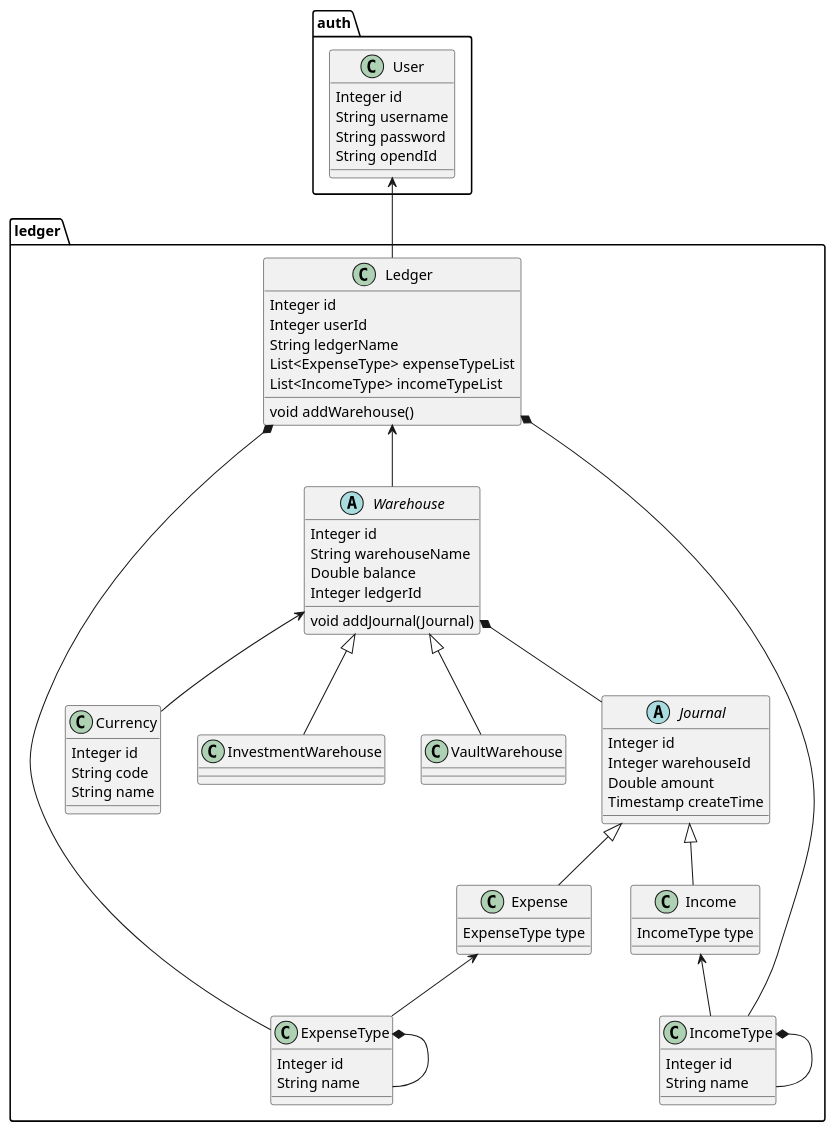
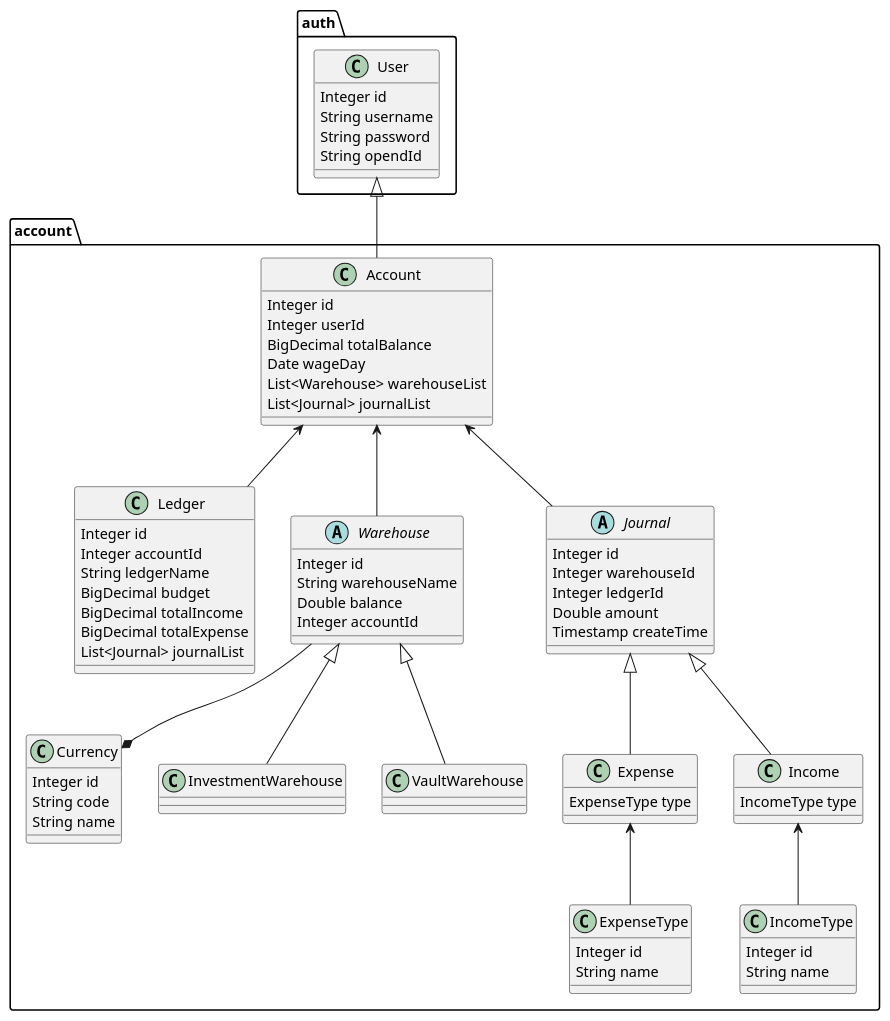
Before and after one commit to MinNanR/bookkeeping: the second of 3 diagrams in class.puml, drawn with PlantUML. The commit also changed 29 other files, not shown here.

```diff
--- a/class.puml
+++ b/class.puml
@@ -28,80 +28,86 @@
 @startuml
 package auth{
     class User{
     Integer id
     String username
     String password
     String opendId
     }
 }
 
-package ledger{
+package account{
+    class Account{
+    Integer id
+    Integer userId
+    BigDecimal totalBalance
+    Date wageDay
+    List<Warehouse> warehouseList
+    List<Journal> journalList
+    }
+
     class Ledger{
     Integer id
-    Integer userId
+    Integer accountId
     String ledgerName
-    List<ExpenseType> expenseTypeList
-    List<IncomeType> incomeTypeList
-    void addWarehouse()
+    BigDecimal budget
+    BigDecimal totalIncome
+    BigDecimal totalExpense
+    List<Journal> journalList
     }
 
     abstract class Warehouse{
     Integer id
     String warehouseName
     Double balance
-    Integer ledgerId
-    void addJournal(Journal)
+    Integer accountId
     }
 
     class Currency{
     Integer id
     String code
     String name
     }
 
     abstract class Journal{
     Integer id
     Integer warehouseId
+    Integer ledgerId
     Double amount
     Timestamp createTime
     }
 
     class Expense{
     ExpenseType type
     }
 
     class Income{
     IncomeType type
     }
 
     class ExpenseType{
     Integer id
     String name
     }
 
     class IncomeType{
     Integer id
     String name
     }
 
     class InvestmentWarehouse
     class VaultWarehouse
 
-    Warehouse <|-- InvestmentWarehouse
-    Warehouse <|-- VaultWarehouse
-    Ledger <-- Warehouse
-    Warehouse <-- Currency
-    Warehouse *-- Journal
+    Account <-- Ledger
+    Account <-- Warehouse
+    Account <-- Journal
     Journal <|-- Expense
     Journal <|-- Income
-    Ledger *-- ExpenseType
-    Ledger *-- IncomeType
-    ExpenseType *-- ExpenseType
-    IncomeType *-- IncomeType
     Expense <-- ExpenseType
     Income <-- IncomeType
-
+    Warehouse --* Currency
+    User <|-- Account
+    Warehouse <|-- VaultWarehouse
+    Warehouse <|-- InvestmentWarehouse
 }
 
-User <-- Ledger
 @enduml
```
